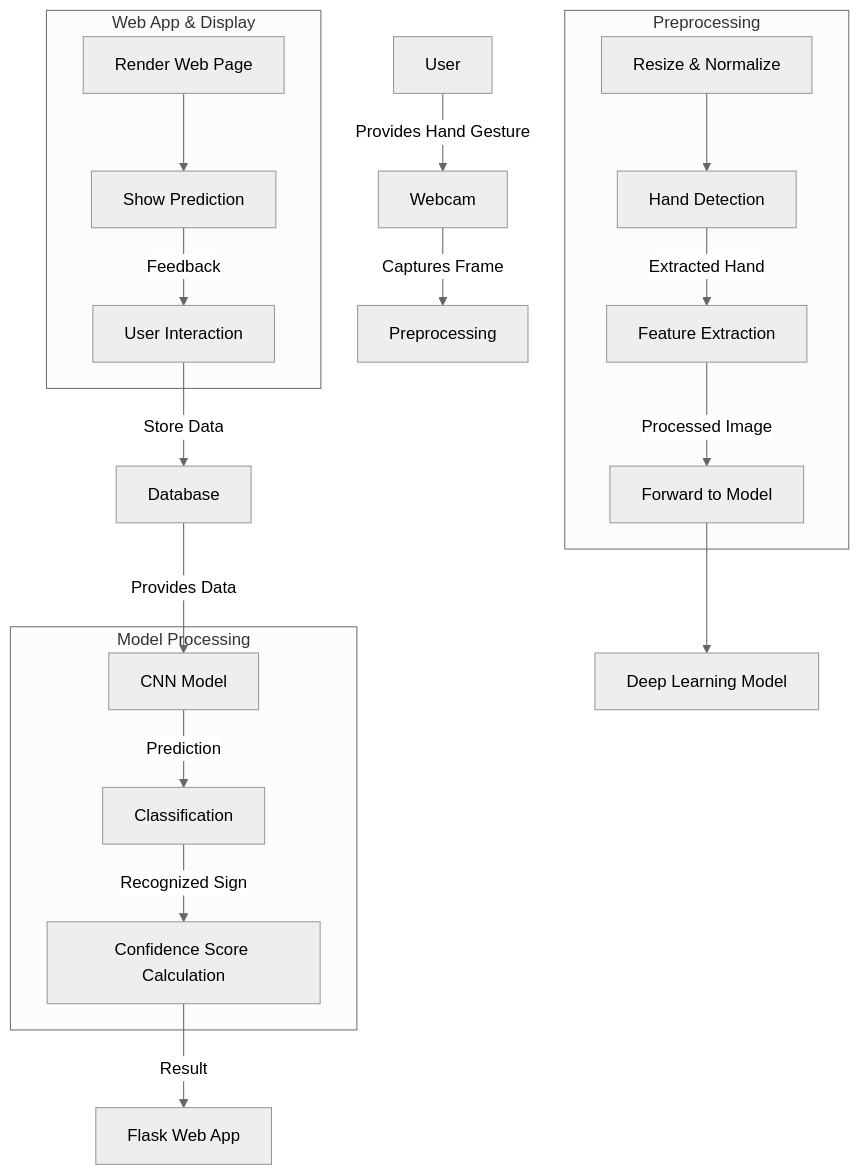
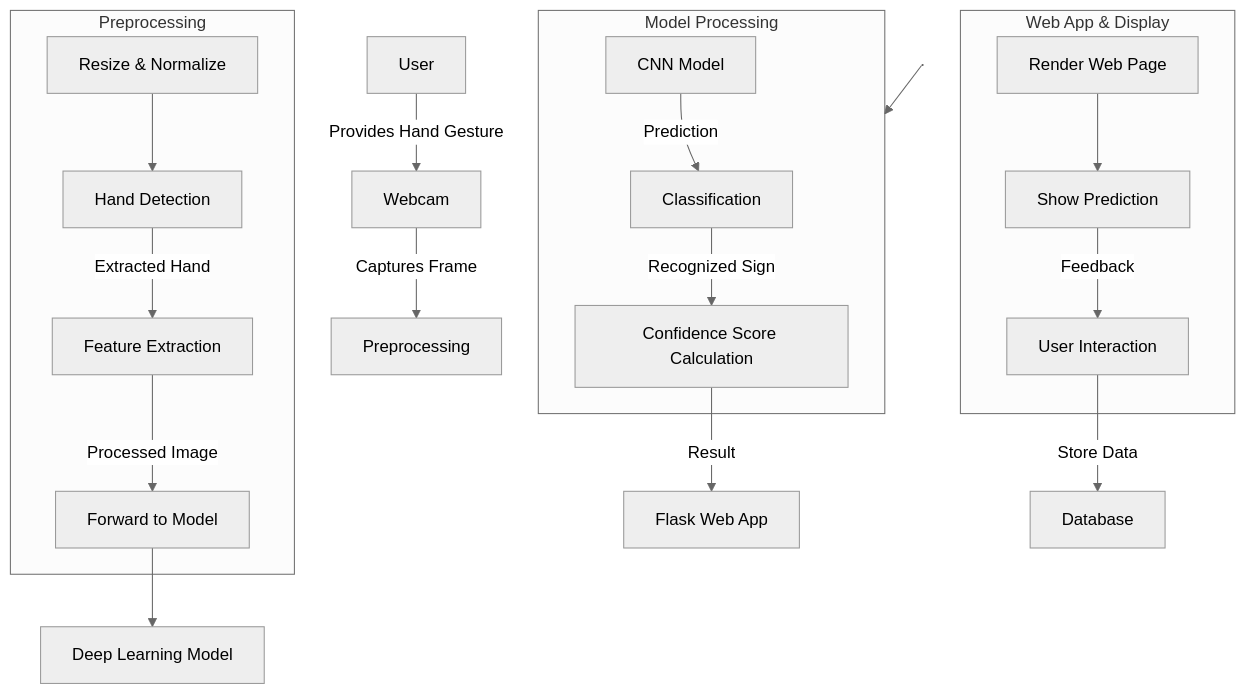
One commit to Matrixxboy/Real_timeSignLanguageRecognitionSystem changed the diagram in DataFlowDiagram.mmd. Above: the diagram before and after it, drawn with Mermaid (neutral theme).

```diff
--- a/DataFlowDiagram.mmd
+++ b/DataFlowDiagram.mmd
@@ -1,26 +1,35 @@
-graph TD
-    A[User] -->|Provides Hand Gesture| B[Webcam]
-    B --> |Captures Frame| C[Preprocessing]
-    
-    subgraph Preprocessing
-        C1[Resize & Normalize] --> C2[Hand Detection]
-        C2 -->|Extracted Hand| C3[Feature Extraction]
-        C3 -->|Processed Image| C4[Forward to Model]
-    end
-    
-    C4 --> D[Deep Learning Model]
-    
-    subgraph Model Processing
-        D1[CNN Model] -->|Prediction| D2[Classification]
-        D2 -->|Recognized Sign| D3[Confidence Score Calculation]
-    end
-    
-    D3 -->|Result| E[Flask Web App]
-    
-    subgraph Web App & Display
-        E1[Render Web Page] --> E2[Show Prediction]
-        E2 -->|Feedback| E3[User Interaction]
-    end
-    
-    E3 -->|Store Data| F[Database]
-    F -->|Provides Data| D1
+---
+config:
+  layout: fixed
+---
+flowchart TD
+ subgraph Preprocessing["Preprocessing"]
+        C2["Hand Detection"]
+        C1["Resize & Normalize"]
+        C3["Feature Extraction"]
+        C4["Forward to Model"]
+  end
+ subgraph subGraph1["Model Processing"]
+        D2["Classification"]
+        D1["CNN Model"]
+        D3["Confidence Score Calculation"]
+  end
+ subgraph subGraph2["Web App & Display"]
+        E2["Show Prediction"]
+        E1["Render Web Page"]
+        E3["User Interaction"]
+  end
+    A["User"] -- Provides Hand Gesture --> B["Webcam"]
+    B -- Captures Frame --> C["Preprocessing"]
+    C1 --> C2
+    C2 -- Extracted Hand --> C3
+    C3 -- Processed Image --> C4
+    C4 --> D["Deep Learning Model"]
+    D1 -- Prediction --> D2
+    D2 -- Recognized Sign --> D3
+    D3 -- Result --> E["Flask Web App"]
+    E1 --> E2
+    E2 -- Feedback --> E3
+    E3 -- Store Data --> F["Database"]
+    n1[" "] --> subGraph1
+    n1@{ shape: anchor}
```
